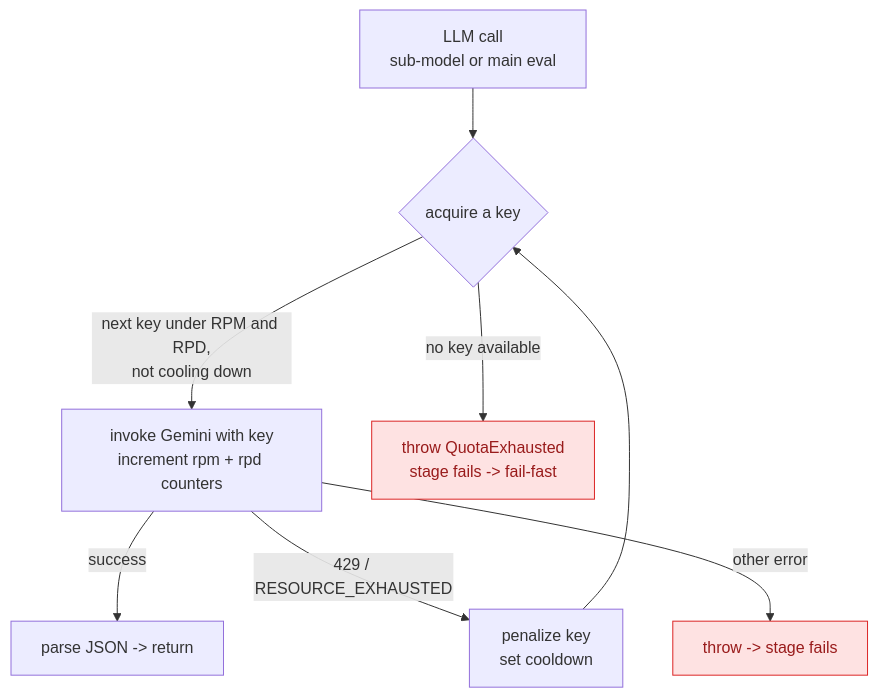
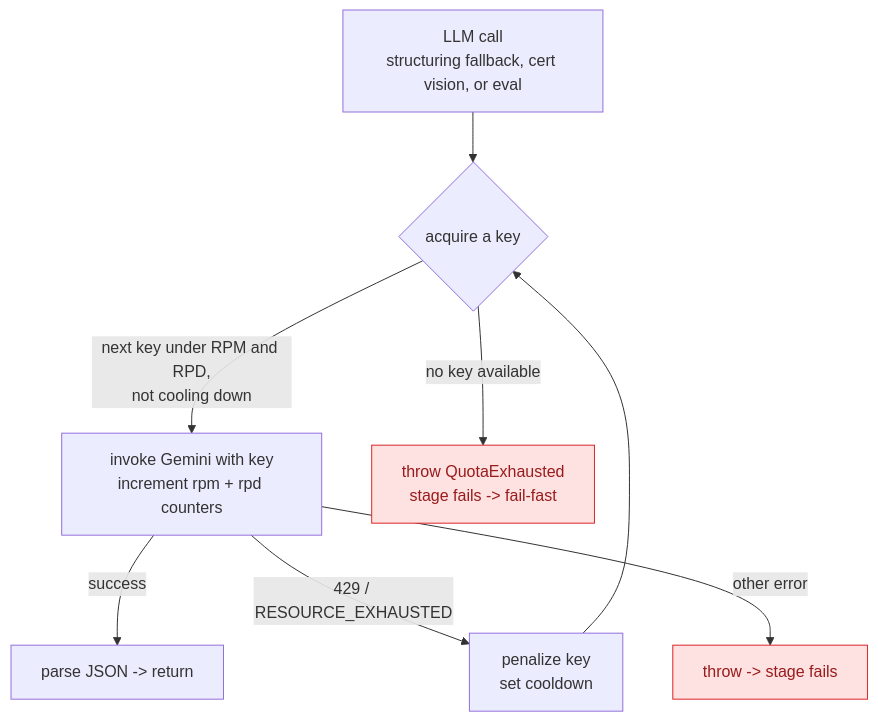
The fourth of 5 diagrams in docs/ARCHITECTURE.md (Lalit-001/ats-scorer), drawn with Mermaid before and after one commit. The commit also changed other lines of this file, not shown here.

Commit message:
docs: update architecture for the deterministic-first pipeline

````diff
--- a/docs/ARCHITECTURE.md
+++ b/docs/ARCHITECTURE.md
@@ -143,16 +154,16 @@
 ```mermaid
 flowchart TD
-  call["LLM call<br/>sub-model or main eval"] --> acq{"acquire a key"}
+  call["LLM call<br/>structuring fallback, cert vision, or eval"] --> acq{"acquire a key"}
 
   acq -->|"next key under RPM and RPD,<br/>not cooling down"| use["invoke Gemini with key<br/>increment rpm + rpd counters"]
   acq -->|"no key available"| exhausted["throw QuotaExhausted<br/>stage fails -> fail-fast"]
 
   use -->|"success"| ret["parse JSON -> return"]
   use -->|"429 / RESOURCE_EXHAUSTED"| pen["penalize key<br/>set cooldown"]
   use -->|"other error"| err["throw -> stage fails"]
 
   pen --> acq
 
   classDef bad fill:#fee2e2,stroke:#dc2626,color:#991b1b;
   class exhausted,err bad;
 ```
````
